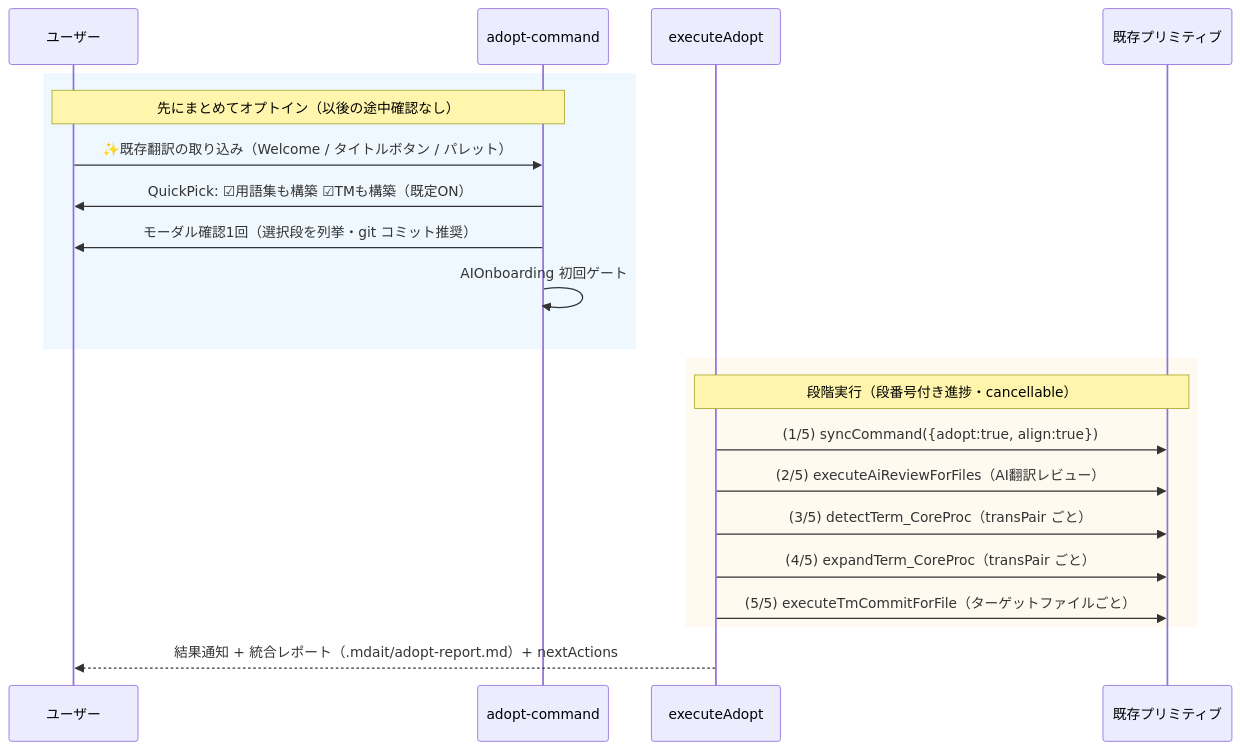
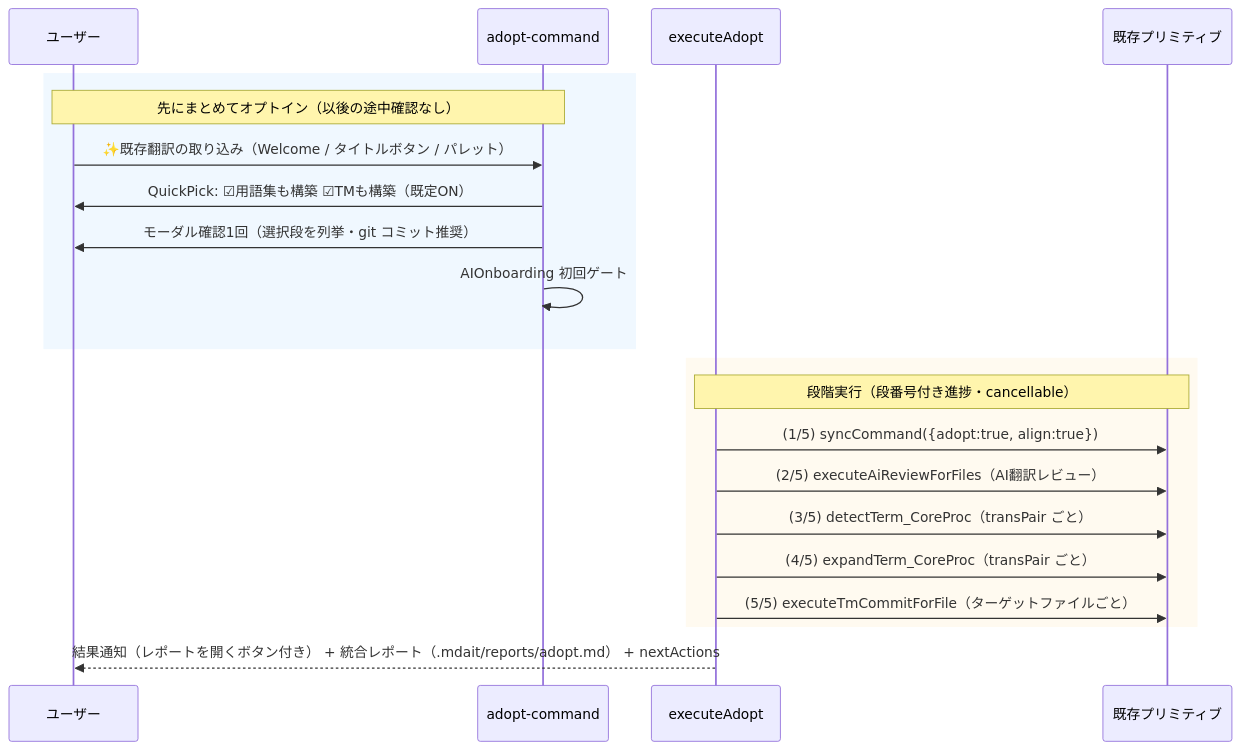
One commit to mochimochiki/mdait changed the diagram in docs/design/command_adopt.md. Above: the diagram before and after it, drawn with Mermaid. The commit also changed other lines of this file and 38 other files, not shown here.

````diff
--- a/docs/design/command_adopt.md
+++ b/docs/design/command_adopt.md
@@ -21,23 +21,23 @@
 ```mermaid
 sequenceDiagram
     participant U as ユーザー
     participant Cmd as adopt-command
     participant Core as executeAdopt
     participant Prim as 既存プリミティブ
     rect rgb(240, 248, 255)
     Note over U,Cmd: 先にまとめてオプトイン（以後の途中確認なし）
     U->>Cmd: ✨既存翻訳の取り込み（Welcome / タイトルボタン / パレット）
     Cmd->>U: QuickPick: ☑用語集も構築 ☑TMも構築（既定ON）
     Cmd->>U: モーダル確認1回（選択段を列挙・git コミット推奨）
     Cmd->>Cmd: AIOnboarding 初回ゲート
     end
     rect rgb(255, 250, 240)
     Note over Core,Prim: 段階実行（段番号付き進捗・cancellable）
     Core->>Prim: (1/5) syncCommand({adopt:true, align:true})
     Core->>Prim: (2/5) executeAiReviewForFiles（AI翻訳レビュー）
     Core->>Prim: (3/5) detectTerm_CoreProc（transPair ごと）
     Core->>Prim: (4/5) expandTerm_CoreProc（transPair ごと）
     Core->>Prim: (5/5) executeTmCommitForFile（ターゲットファイルごと）
     end
-    Core-->>U: 結果通知 + 統合レポート（.mdait/adopt-report.md）+ nextActions
+    Core-->>U: 結果通知（レポートを開くボタン付き） + 統合レポート（.mdait/reports/adopt.md） + nextActions
 ```
````
